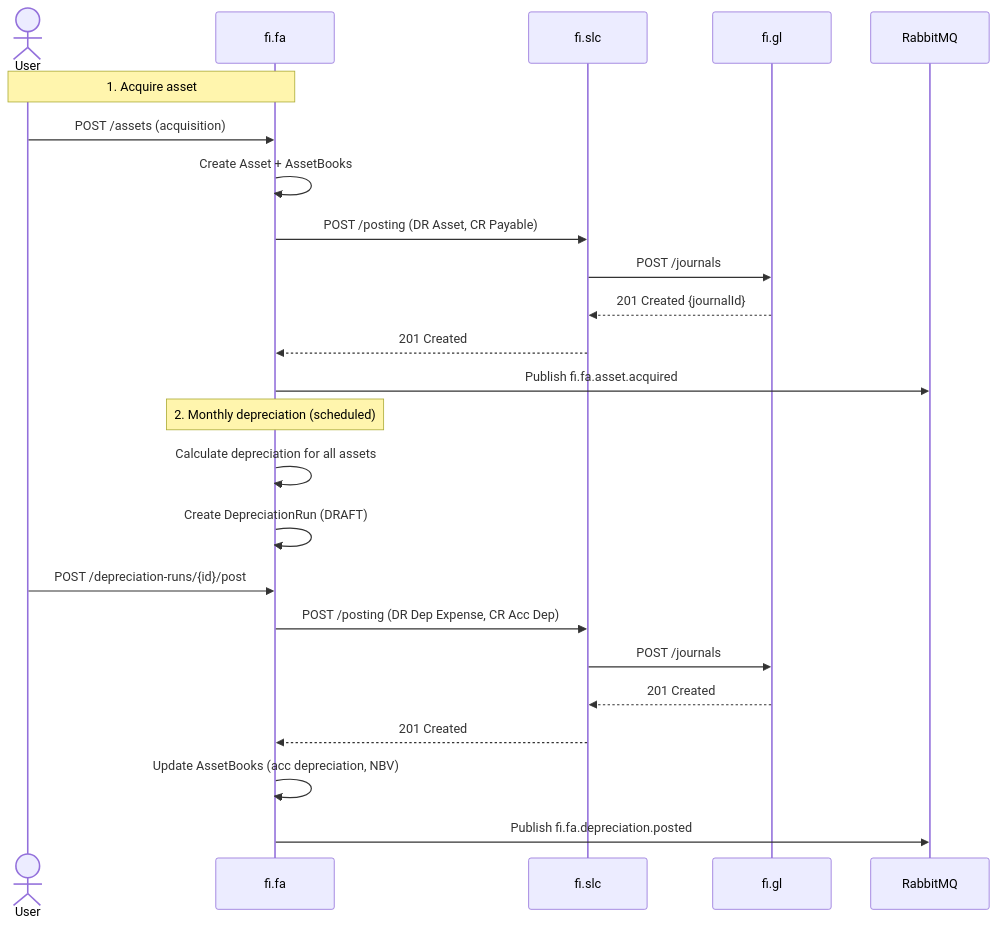
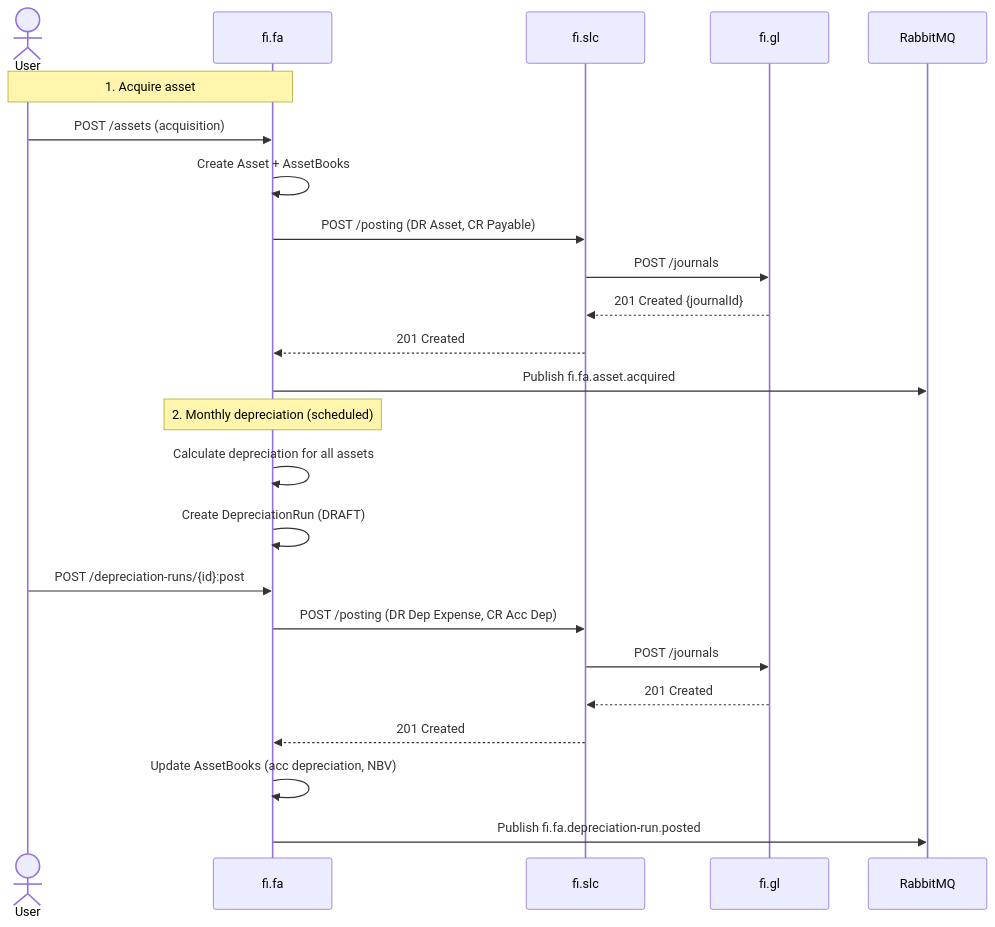
Before and after one commit to openleap-io/io.openleap.dev.spec: the sixth of 8 diagrams in T3_Domains/FI/domain-specs/fi_fa-spec.md, drawn with Mermaid. The commit also changed other lines of this file and 54 other files, not shown here.

````diff
--- a/T3_Domains/FI/domain-specs/fi_fa-spec.md
+++ b/T3_Domains/FI/domain-specs/fi_fa-spec.md
@@ -798,28 +1467,28 @@
 ```mermaid
 sequenceDiagram
     actor User
     participant FA as fi.fa
     participant SLC as fi.slc
     participant GL as fi.gl
     participant MQ as RabbitMQ
     
     Note over User,FA: 1. Acquire asset
     User->>FA: POST /assets (acquisition)
     FA->>FA: Create Asset + AssetBooks
     FA->>SLC: POST /posting (DR Asset, CR Payable)
     SLC->>GL: POST /journals
     GL-->>SLC: 201 Created {journalId}
     SLC-->>FA: 201 Created
     FA->>MQ: Publish fi.fa.asset.acquired
     
     Note over FA: 2. Monthly depreciation (scheduled)
     FA->>FA: Calculate depreciation for all assets
     FA->>FA: Create DepreciationRun (DRAFT)
-    User->>FA: POST /depreciation-runs/{id}/post
+    User->>FA: POST /depreciation-runs/{id}:post
     FA->>SLC: POST /posting (DR Dep Expense, CR Acc Dep)
     SLC->>GL: POST /journals
     GL-->>SLC: 201 Created
     SLC-->>FA: 201 Created
     FA->>FA: Update AssetBooks (acc depreciation, NBV)
-    FA->>MQ: Publish fi.fa.depreciation.posted
+    FA->>MQ: Publish fi.fa.depreciation-run.posted
 ```
````
